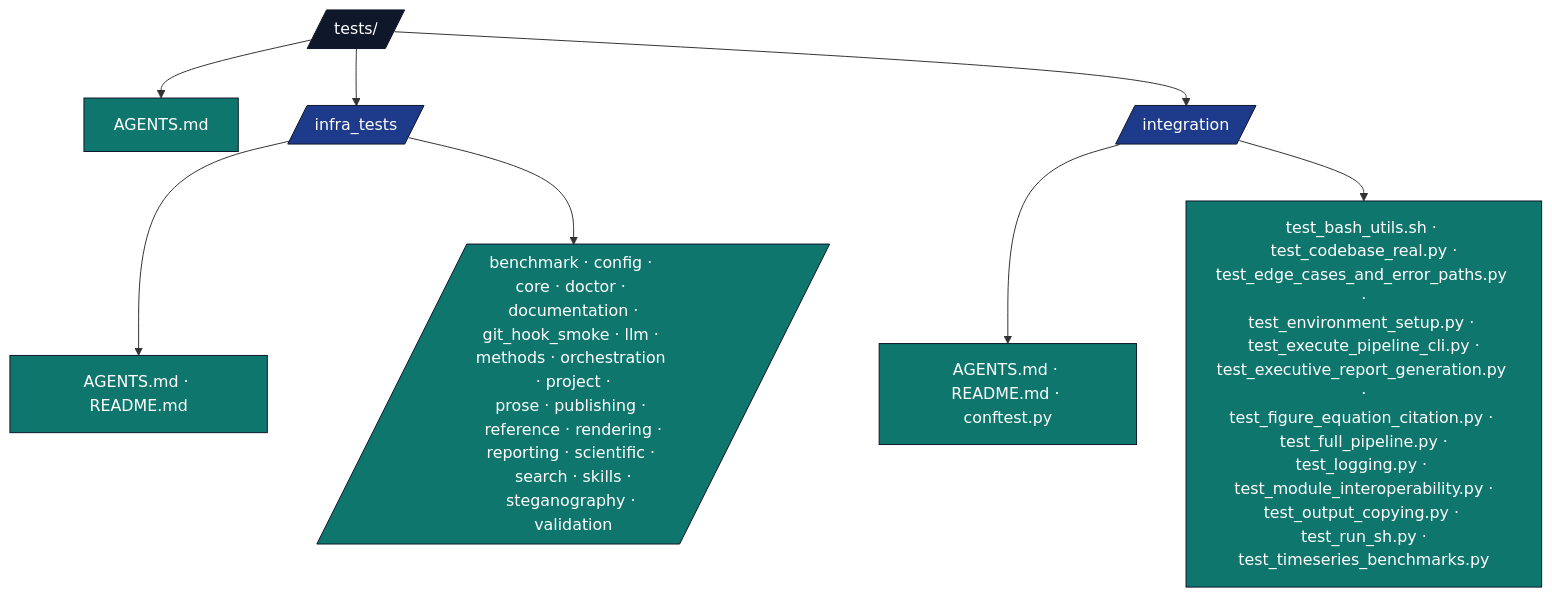
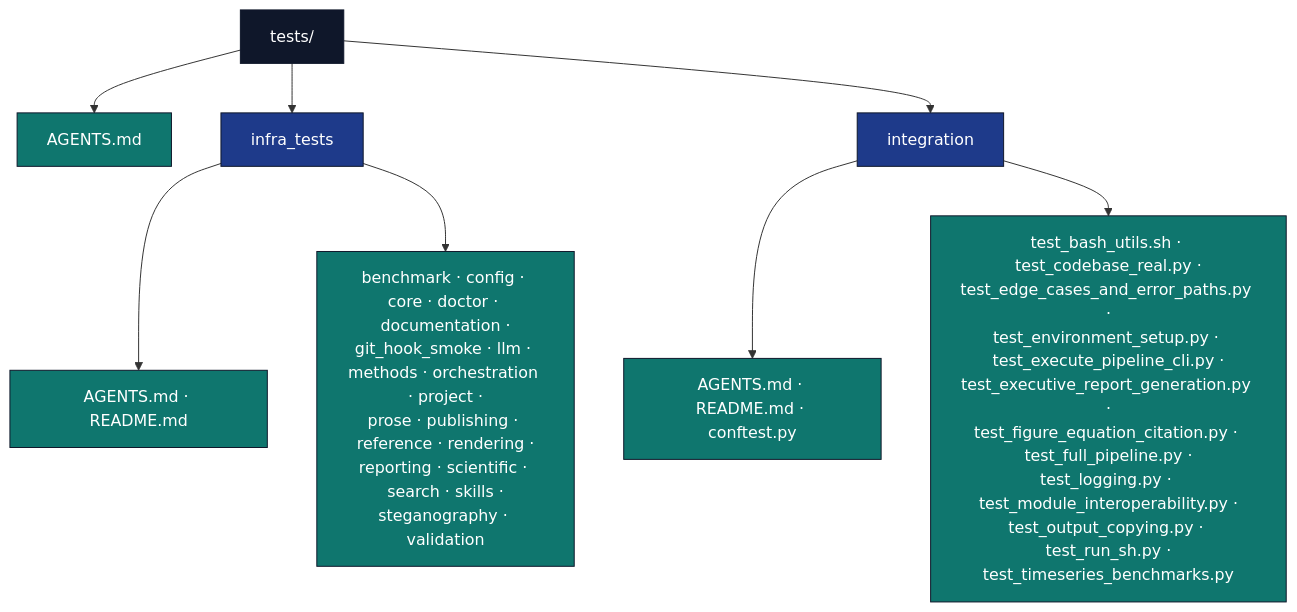
One commit to docxology/template changed the diagram in tests/README.md. Above: the diagram before and after it, drawn with Mermaid. The commit also changed 94 other files, not shown here.

````diff
--- a/tests/README.md
+++ b/tests/README.md
@@ -26,20 +26,20 @@
 ```mermaid
 flowchart TB
-    T[/tests//]
+    T[tests/]
     T --> T_AG[AGENTS.md]
-    T --> INFRA_T[/infra_tests/]
-    T --> INTEG[/integration/]
+    T --> INFRA_T[infra_tests]
+    T --> INTEG[integration]
 
     INFRA_T --> INFRA_DOCS[AGENTS.md · README.md]
-    INFRA_T --> INFRA_SUB[/benchmark · config · core · doctor · documentation ·<br/>git_hook_smoke · llm · methods · orchestration · project ·<br/>prose · publishing · reference · rendering ·<br/>reporting · scientific · search · skills ·<br/>steganography · validation/]
+    INFRA_T --> INFRA_SUB[benchmark · config · core · doctor · documentation ·<br/>git_hook_smoke · llm · methods · orchestration · project ·<br/>prose · publishing · reference · rendering ·<br/>reporting · scientific · search · skills ·<br/>steganography · validation]
 
     INTEG --> INT_DOCS[AGENTS.md · README.md · conftest.py]
     INTEG --> INT_FILES[test_bash_utils.sh · test_codebase_real.py ·<br/>test_edge_cases_and_error_paths.py ·<br/>test_environment_setup.py · test_execute_pipeline_cli.py ·<br/>test_executive_report_generation.py ·<br/>test_figure_equation_citation.py · test_full_pipeline.py ·<br/>test_logging.py · test_module_interoperability.py ·<br/>test_output_copying.py · test_run_sh.py ·<br/>test_timeseries_benchmarks.py]
 
     classDef d fill:#0f172a,stroke:#0f172a,color:#fff
     classDef pkg fill:#1e3a8a,stroke:#0f172a,color:#fff
     classDef f fill:#0f766e,stroke:#0f172a,color:#fff
     class T d
     class INFRA_T,INTEG pkg
     class T_AG,INFRA_DOCS,INFRA_SUB,INT_DOCS,INT_FILES f
 ```
````
